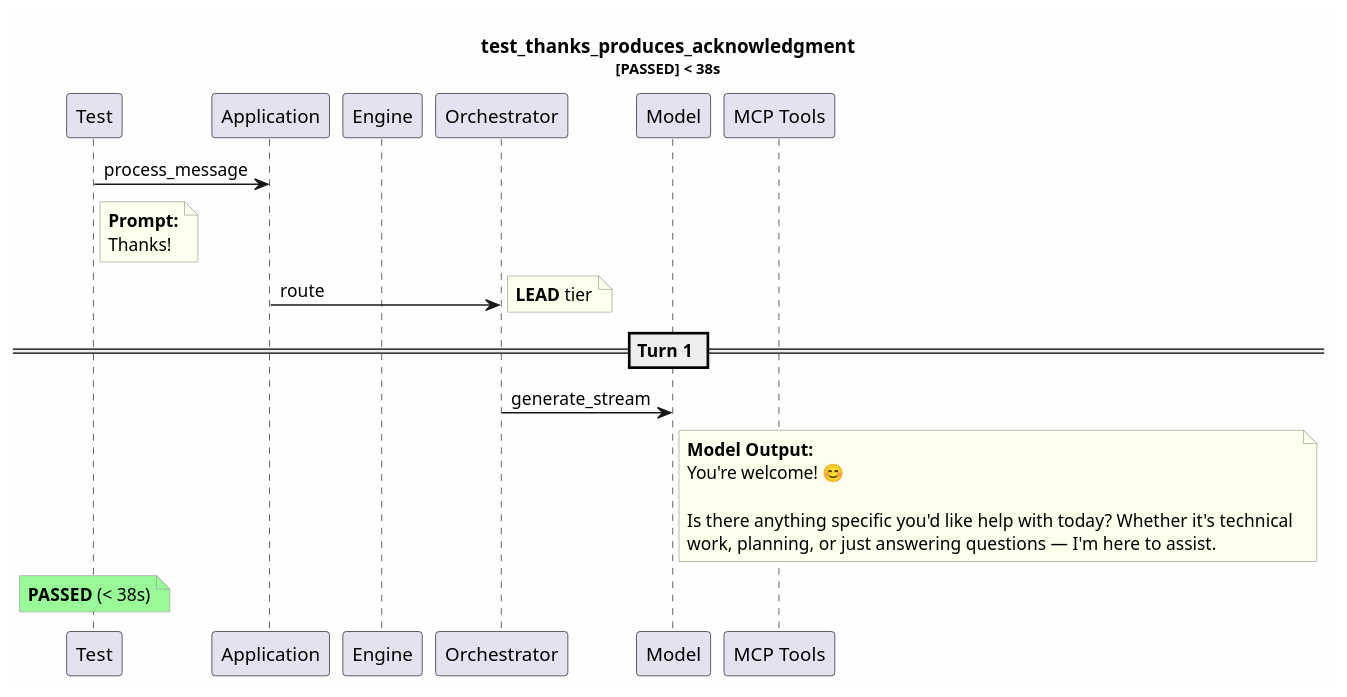
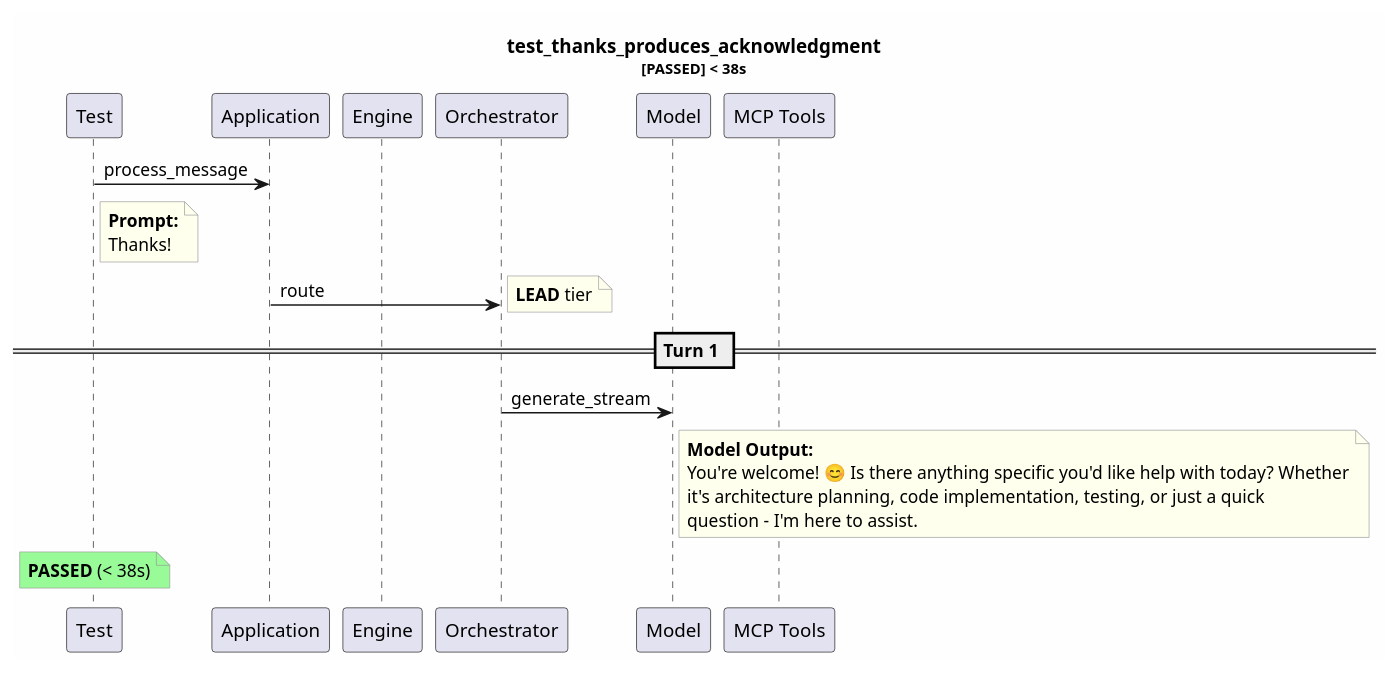
Before and after one commit to tvanfossen/entropic: the diagram in test-reports/logs/test_thanks_produces_acknowledgment/test_thanks_produces_acknowledgment.puml, drawn with PlantUML. The commit also changed 14 other files, not shown here.

```diff
--- a/test-reports/logs/test_thanks_produces_acknowledgment/test_thanks_produces_acknowledgment.puml
+++ b/test-reports/logs/test_thanks_produces_acknowledgment/test_thanks_produces_acknowledgment.puml
@@ -1,34 +1,33 @@
 @startuml
 skinparam backgroundColor #FEFEFE
 skinparam noteBorderColor #999999
 skinparam noteBackgroundColor #FFFFEE
 title test_thanks_produces_acknowledgment\n<size:11>[PASSED] < 38s</size>
 
 participant "Test" as T
 participant "Application" as App
 participant "Engine" as Eng
 participant "Orchestrator" as Orch
 participant "Model" as Mdl
 participant "MCP Tools" as MCP
 
 T -> App: process_message
 note right of T
   **Prompt:**
   Thanks!
 end note
 App -> Orch: route
 note right: **LEAD** tier
 == Turn 1 ==
 Orch -> Mdl: generate_stream
 note right of Mdl
   **Model Output:**
-  You're welcome! 😊
-  
-  Is there anything specific you'd like help with today? Whether it's technical 
-  work, planning, or just answering questions — I'm here to assist.
+  You're welcome! 😊 Is there anything specific you'd like help with today? Whether
+  it's architecture planning, code implementation, testing, or just a quick 
+  question - I'm here to assist.
 end note
 note over T #palegreen
   **PASSED** (< 38s)
 end note
 
 @enduml
```
